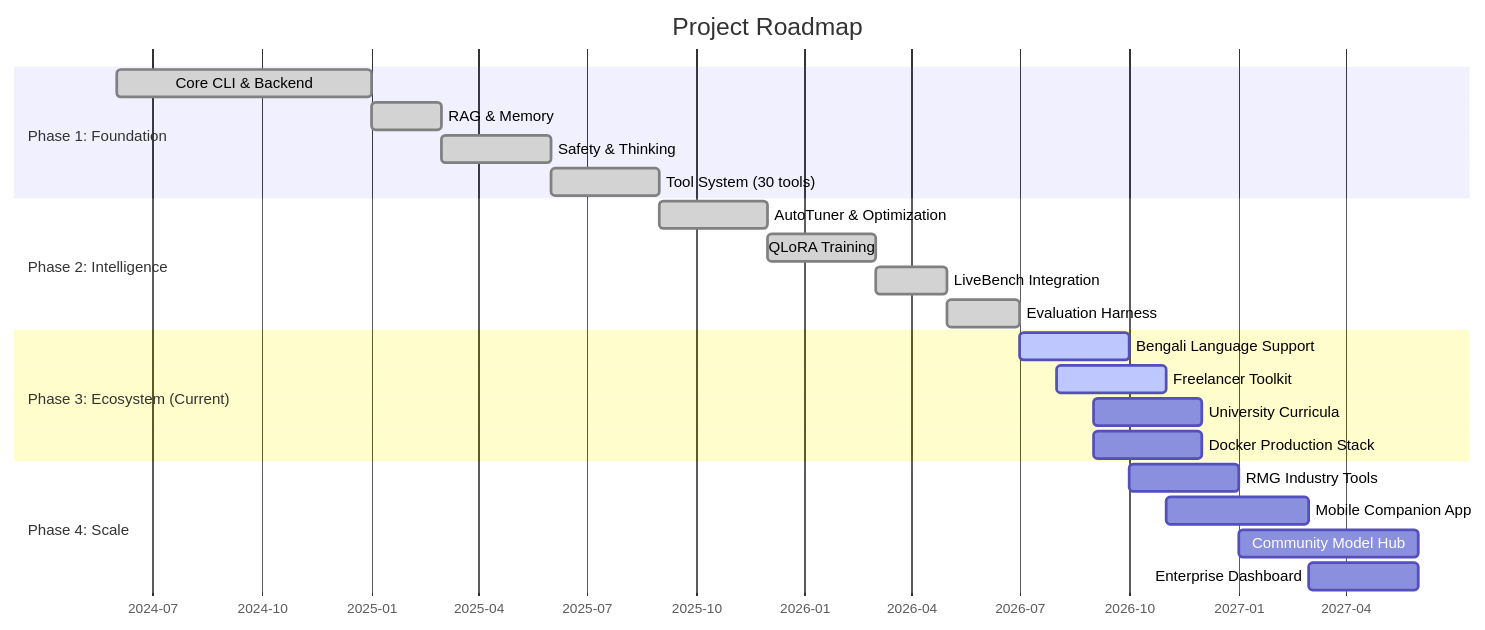
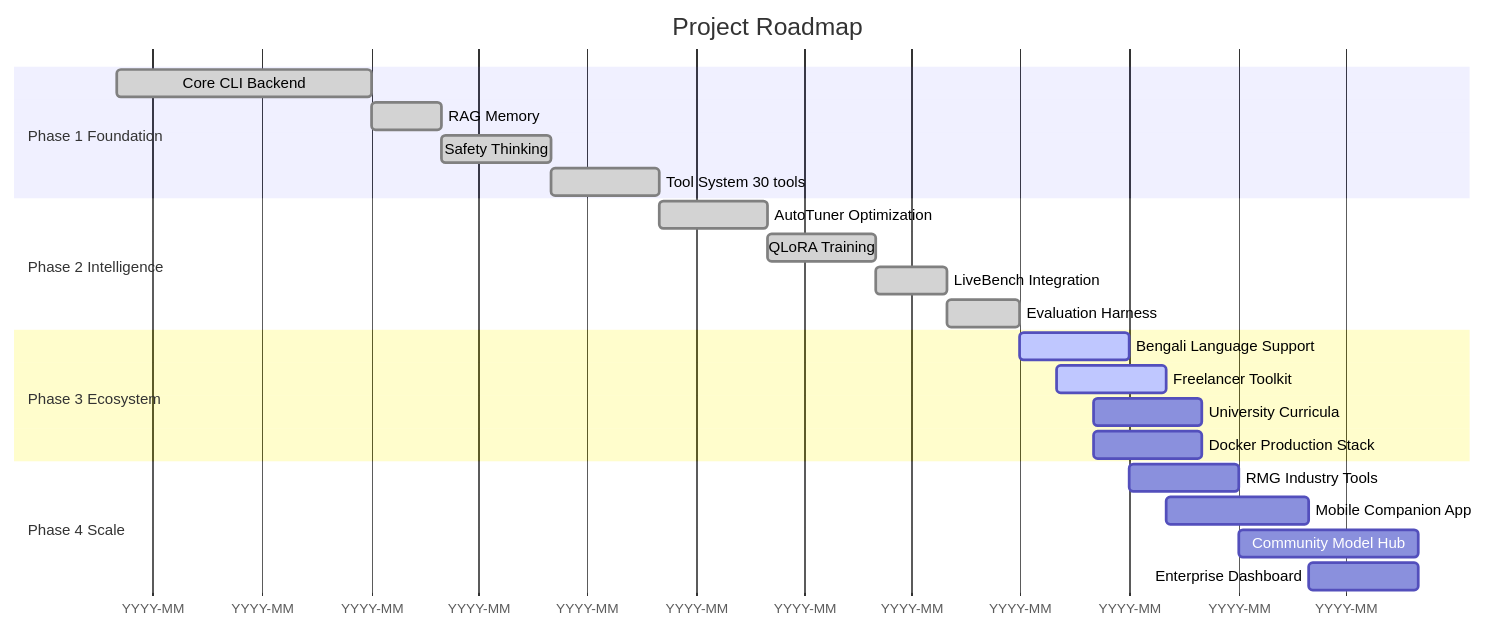
Diagram 13 of 14 in README.md (rbkhan007/Photato-Phi-3-Custom-Model), drawn with Mermaid before and after one commit. The commit also changed other lines of this file, not shown here.

Commit message:
fix Training Pipeline mermaid diagram rendering

````diff
--- a/README.md
+++ b/README.md
@@ -1130,30 +1214,30 @@
 ```mermaid
 gantt
     title Project Roadmap
-    dateFormat  YYYY-MM
-    axisFormat  %Y-%m
+    dateFormat  YYYY-MM-DD
+    axisFormat  YYYY-MM
 
-    section Phase 1: Foundation
-    Core CLI & Backend           :done, 2024-06, 2025-01
-    RAG & Memory                 :done, 2025-01, 2025-03
-    Safety & Thinking            :done, 2025-03, 2025-06
-    Tool System (30 tools)       :done, 2025-06, 2025-09
+    section Phase 1 Foundation
+    Core CLI Backend           :done, 2024-06-01, 2025-01-01
+    RAG Memory                 :done, 2025-01-01, 2025-03-01
+    Safety Thinking            :done, 2025-03-01, 2025-06-01
+    Tool System 30 tools       :done, 2025-06-01, 2025-09-01
 
-    section Phase 2: Intelligence
-    AutoTuner & Optimization     :done, 2025-09, 2025-12
-    QLoRA Training               :done, 2025-12, 2026-03
-    LiveBench Integration        :done, 2026-03, 2026-05
-    Evaluation Harness           :done, 2026-05, 2026-07
+    section Phase 2 Intelligence
+    AutoTuner Optimization     :done, 2025-09-01, 2025-12-01
+    QLoRA Training             :done, 2025-12-01, 2026-03-01
+    LiveBench Integration      :done, 2026-03-01, 2026-05-01
+    Evaluation Harness         :done, 2026-05-01, 2026-07-01
 
-    section Phase 3: Ecosystem (Current)
-    Bengali Language Support     :active, 2026-07, 2026-10
-    Freelancer Toolkit           :active, 2026-08, 2026-11
-    University Curricula         :2026-09, 2026-12
-    Docker Production Stack      :2026-09, 2026-12
+    section Phase 3 Ecosystem
+    Bengali Language Support   :active, 2026-07-01, 2026-10-01
+    Freelancer Toolkit         :active, 2026-08-01, 2026-11-01
+    University Curricula       :2026-09-01, 2026-12-01
+    Docker Production Stack    :2026-09-01, 2026-12-01
 
-    section Phase 4: Scale
-    RMG Industry Tools           :2026-10, 2027-01
-    Mobile Companion App         :2026-11, 2027-03
-    Community Model Hub          :2027-01, 2027-06
-    Enterprise Dashboard         :2027-03, 2027-06
+    section Phase 4 Scale
+    RMG Industry Tools         :2026-10-01, 2027-01-01
+    Mobile Companion App       :2026-11-01, 2027-03-01
+    Community Model Hub        :2027-01-01, 2027-06-01
+    Enterprise Dashboard       :2027-03-01, 2027-06-01
 ```
````
